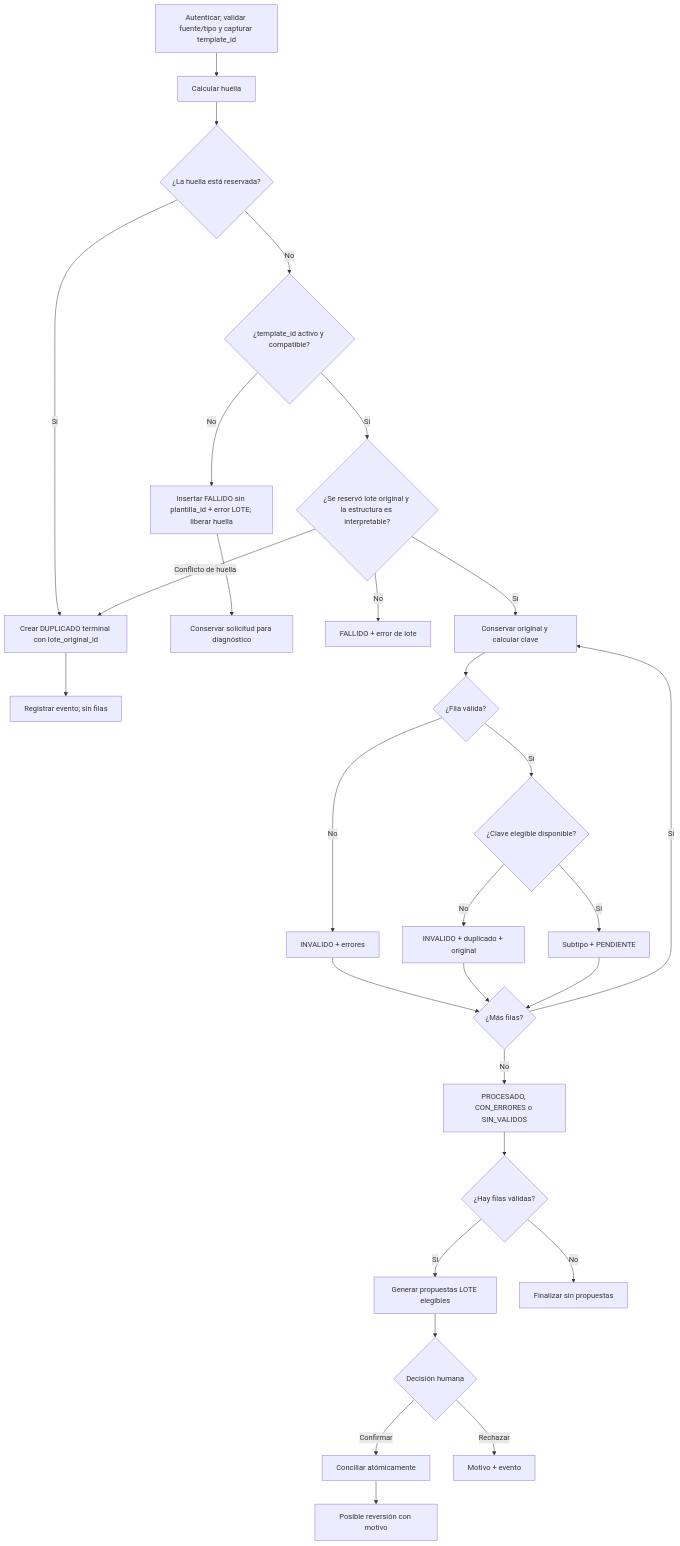
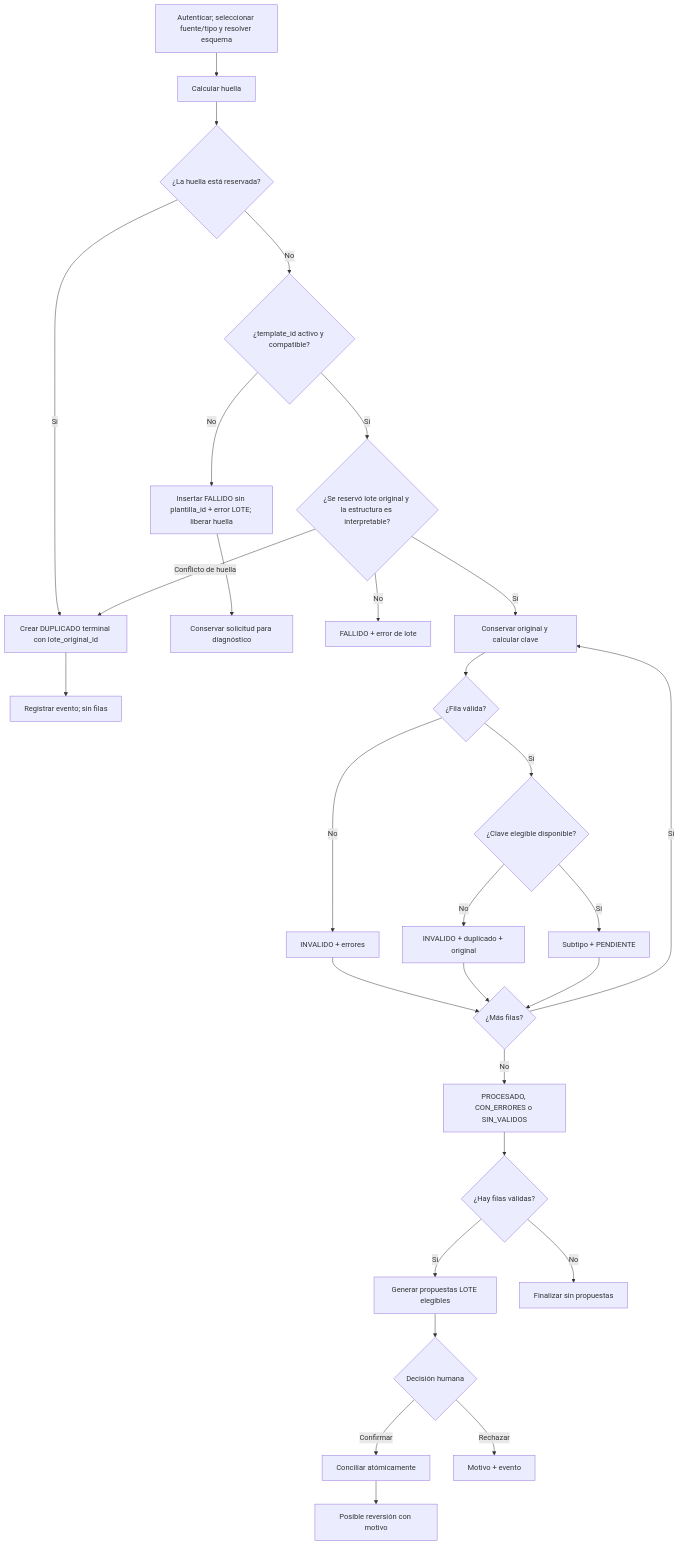
One commit to turkaym/conciliador-financiero changed the third of 8 diagrams in docs/segunda-entrega/06-diagramas.md. Above: the diagram before and after it, drawn with Mermaid. The commit also changed other lines of this file and 25 other files, not shown here.

````diff
--- a/docs/segunda-entrega/06-diagramas.md
+++ b/docs/segunda-entrega/06-diagramas.md
@@ -33,31 +34,31 @@
 ```mermaid
 flowchart TD
- A[Autenticar; validar fuente/tipo y capturar template_id] --> H[Calcular huella]
+ A[Autenticar; seleccionar fuente/tipo y resolver esquema] --> H[Calcular huella]
  H --> U{¿La huella está reservada?}
  U -- Sí --> DU[Crear DUPLICADO terminal con lote_original_id]
  DU --> Z[Registrar evento; sin filas]
  U -- No --> T{¿template_id activo y compatible?}
  T -- No --> PF[Insertar FALLIDO sin plantilla_id + error LOTE; liberar huella]
  PF --> PZ[Conservar solicitud para diagnóstico]
  T -- Sí --> E{¿Se reservó lote original y la estructura es interpretable?}
  E -- Conflicto de huella --> DU
  E -- No --> F[FALLIDO + error de lote]
  E -- Sí --> R[Conservar original y calcular clave]
  R --> X{¿Fila válida?}
  X -- No --> IV[INVALIDO + errores]
  X -- Sí --> Q{¿Clave elegible disponible?}
  Q -- No --> ID[INVALIDO + duplicado + original]
  Q -- Sí --> PE[Subtipo + PENDIENTE]
  IV --> M{¿Más filas?}
  ID --> M
  PE --> M
  M -- Sí --> R
  M -- No --> L[PROCESADO, CON_ERRORES o SIN_VALIDOS]
  L --> V{¿Hay filas válidas?}
  V -- Sí --> G[Generar propuestas LOTE elegibles]
  V -- No --> ZV[Finalizar sin propuestas]
  G --> D{Decisión humana}
  D -- Confirmar --> C[Conciliar atómicamente]
  D -- Rechazar --> RE[Motivo + evento]
  C --> RV[Posible reversión con motivo]
 ```
````
